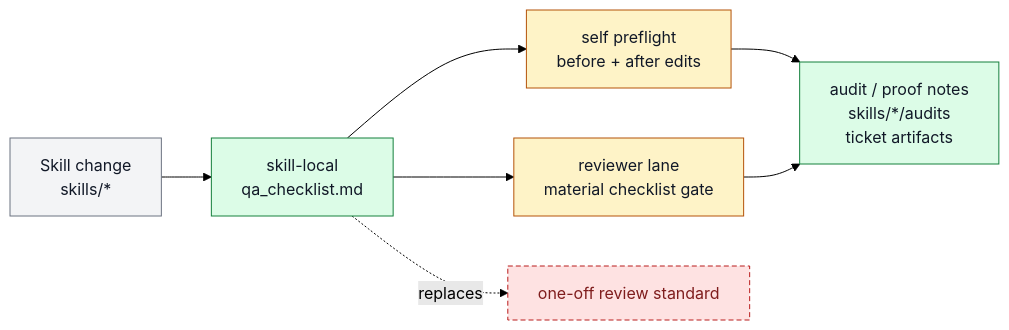
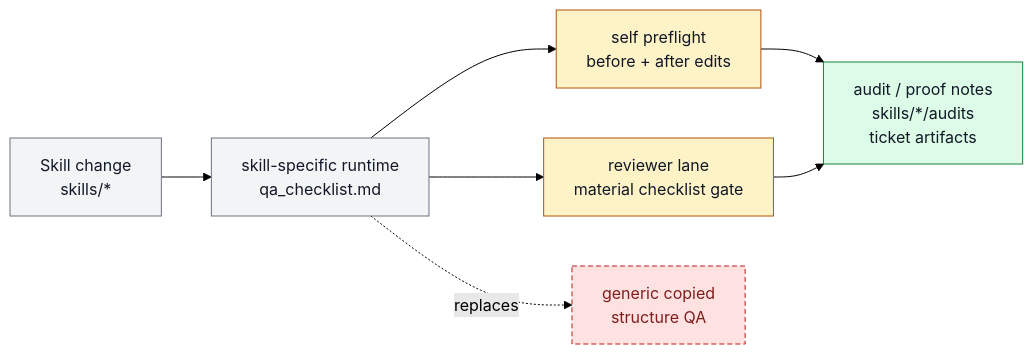
The diagram in docs/features/FEAT-0057-skill-local-qa-checklist-artifacts.md (ZanarkandTechnologies/Farplane), drawn with Mermaid (forest theme) before and after one commit. The commit also changed other lines of this file and 310 other files, not shown here.

````diff
--- a/docs/features/FEAT-0057-skill-local-qa-checklist-artifacts.md
+++ b/docs/features/FEAT-0057-skill-local-qa-checklist-artifacts.md
@@ -101,21 +97,21 @@
 ```mermaid
 flowchart LR
   classDef keep fill:#f3f4f6,stroke:#6b7280,color:#111827
   classDef changed fill:#fef3c7,stroke:#b45309,color:#111827
   classDef added fill:#dcfce7,stroke:#15803d,color:#111827
   classDef retired fill:#fee2e2,stroke:#b91c1c,color:#7f1d1d,stroke-dasharray: 5 3
 
   change["Skill change<br/>skills/*"]:::keep
-  checklist["skill-local<br/>qa_checklist.md"]:::added
+  checklist["skill-specific runtime<br/>qa_checklist.md"]:::keep
   preflight["self preflight<br/>before + after edits"]:::changed
   reviewer["reviewer lane<br/>material checklist gate"]:::changed
   proof["audit / proof notes<br/>skills/*/audits<br/>ticket artifacts"]:::added
-  vague["one-off review standard"]:::retired
+  vague["generic copied<br/>structure QA"]:::retired
 
   change --> checklist
   checklist --> preflight
   checklist --> reviewer
   preflight --> proof
   reviewer --> proof
   checklist -. replaces .-> vague
 ```
````
